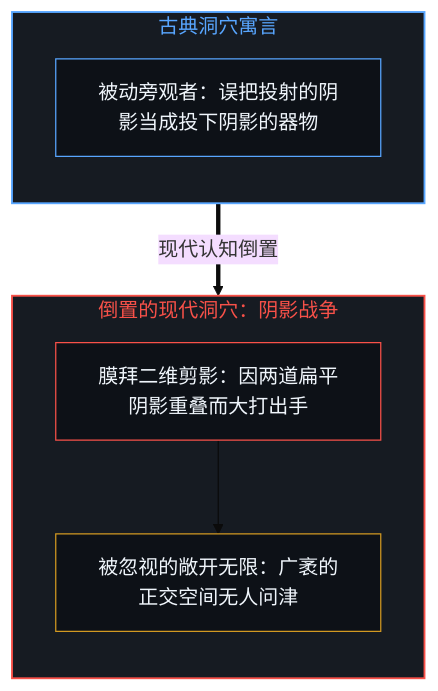
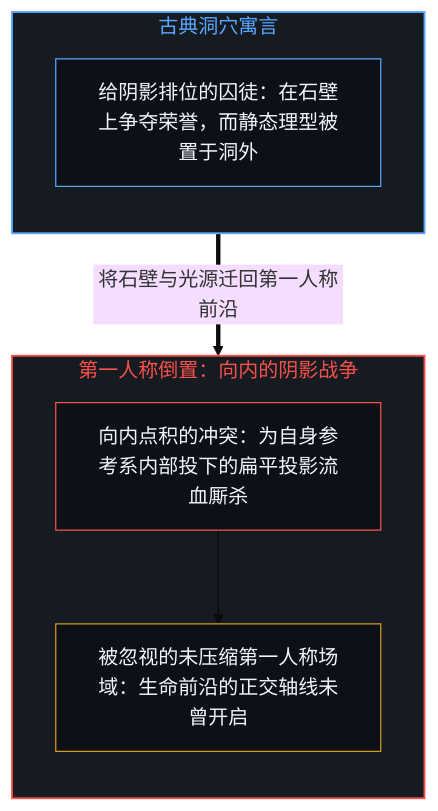
The seventh of 10 diagrams in content/posts/the-shadow-and-the-infinite.md (powerpig99/not-a-toe), drawn with Mermaid (base theme) before and after one commit. The commit also changed other lines of this file and 13 other files, not shown here.

````diff
--- a/content/posts/the-shadow-and-the-infinite.md
+++ b/content/posts/the-shadow-and-the-infinite.md
@@ -215,19 +215,19 @@
 ```mermaid
 flowchart TD
     subgraph PlatoOriginal["古典洞穴寓言"]
         direction TB
-        PrisonerA["被动旁观者：误把投射的阴影当成投下阴影的器物"]
+        PrisonerA["给阴影排位的囚徒：在石壁上争夺荣誉，而静态理型被置于洞外"]
     end
-    subgraph InvertedCave["倒置的现代洞穴：阴影战争"]
+    subgraph InvertedCave["第一人称倒置：向内的阴影战争"]
         direction TB
-        ShadowClash["膜拜二维剪影：因两道扁平阴影重叠而大打出手"]
-        IgnoredInfinity["被忽视的敞开无限：广袤的正交空间无人问津"]
+        ShadowClash["向内点积的冲突：为自身参考系内部投下的扁平投影流血厮杀"]
+        IgnoredInfinity["被忽视的未压缩第一人称场域：生命前沿的正交轴线未曾开启"]
         ShadowClash --> IgnoredInfinity
     end
-    PrisonerA ==>|"现代认知倒置"| ShadowClash
+    PrisonerA ==>|"将石壁与光源迁回第一人称前沿"| ShadowClash
     style PlatoOriginal fill:#161b22,stroke:#58a6ff,stroke-width:1.5px,color:#58a6ff
     style InvertedCave fill:#161b22,stroke:#f85149,stroke-width:1.5px,color:#f85149
     style PrisonerA fill:#0d1117,stroke:#58a6ff,stroke-width:1px,color:#f0f6fc
     style ShadowClash fill:#0d1117,stroke:#f85149,stroke-width:1px,color:#f0f6fc
     style IgnoredInfinity fill:#0d1117,stroke:#d29922,stroke-width:1px,color:#f0f6fc
 ```
````
